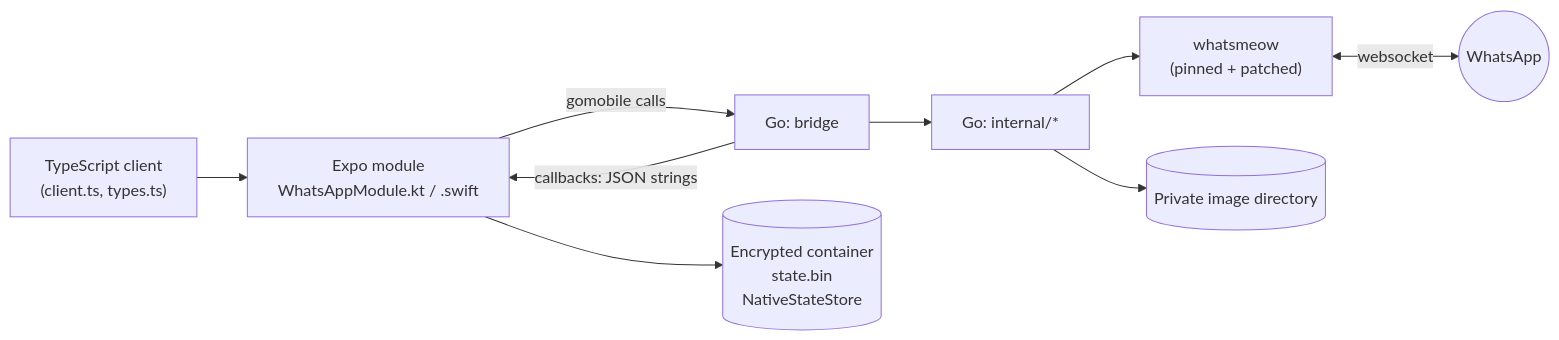
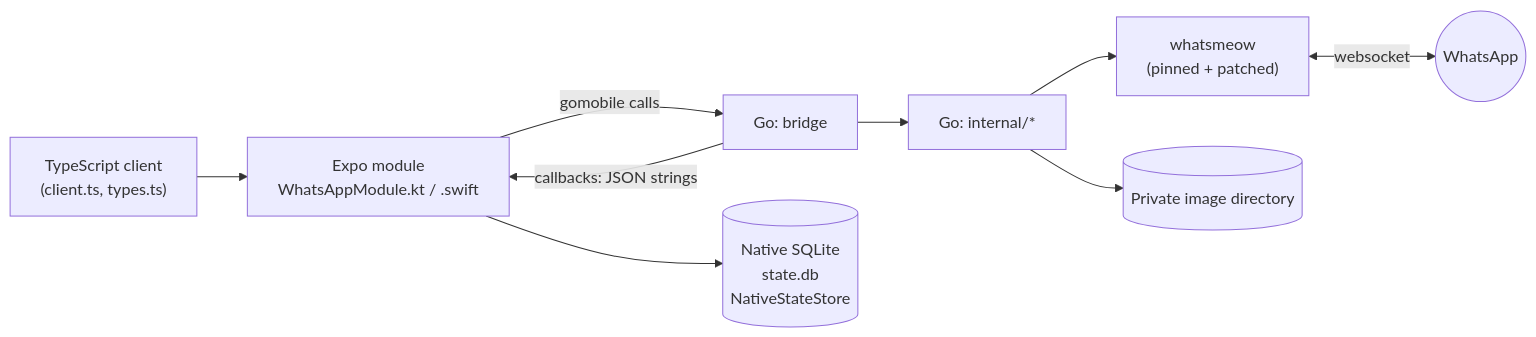
Before and after one commit to jorgeluis594/yoyos: the first of 4 diagrams in docs/whatsapp-go-library-architecture.md, drawn with Mermaid. The commit also changed 6 other files, not shown here.

First line of the commit message:
Document the SQLite WhatsApp state store

````diff
--- a/docs/whatsapp-go-library-architecture.md
+++ b/docs/whatsapp-go-library-architecture.md
@@ -27,11 +27,11 @@
 ```mermaid
 flowchart LR
   JS["TypeScript client<br/>(client.ts, types.ts)"] --> Native["Expo module<br/>WhatsAppModule.kt / .swift"]
   Native -->|gomobile calls| Bridge["Go: bridge"]
   Bridge -->|callbacks: JSON strings| Native
-  Native --> Store[("Encrypted container<br/>state.bin<br/>NativeStateStore")]
+  Native --> Store[("Native SQLite<br/>state.db<br/>NativeStateStore")]
   Bridge --> Internal["Go: internal/*"]
   Internal --> WM["whatsmeow<br/>(pinned + patched)"]
   WM <-->|websocket| WA(("WhatsApp"))
   Internal --> Images[("Private image directory")]
 ```
````
